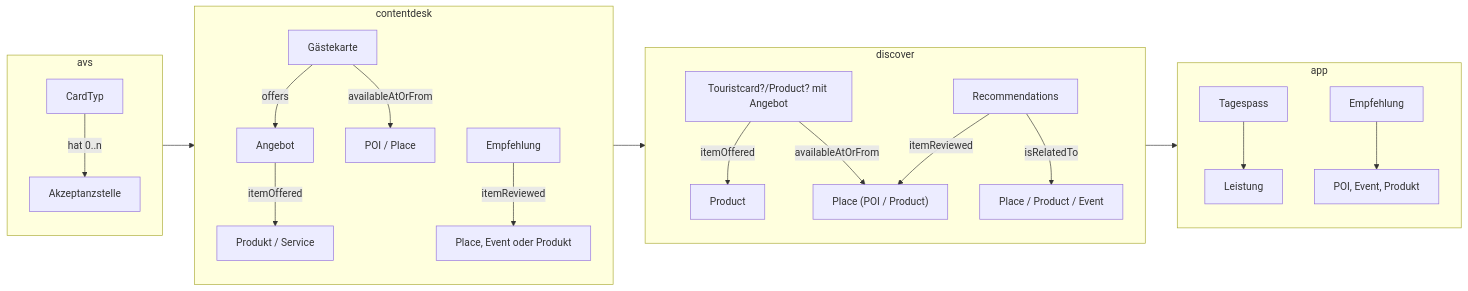
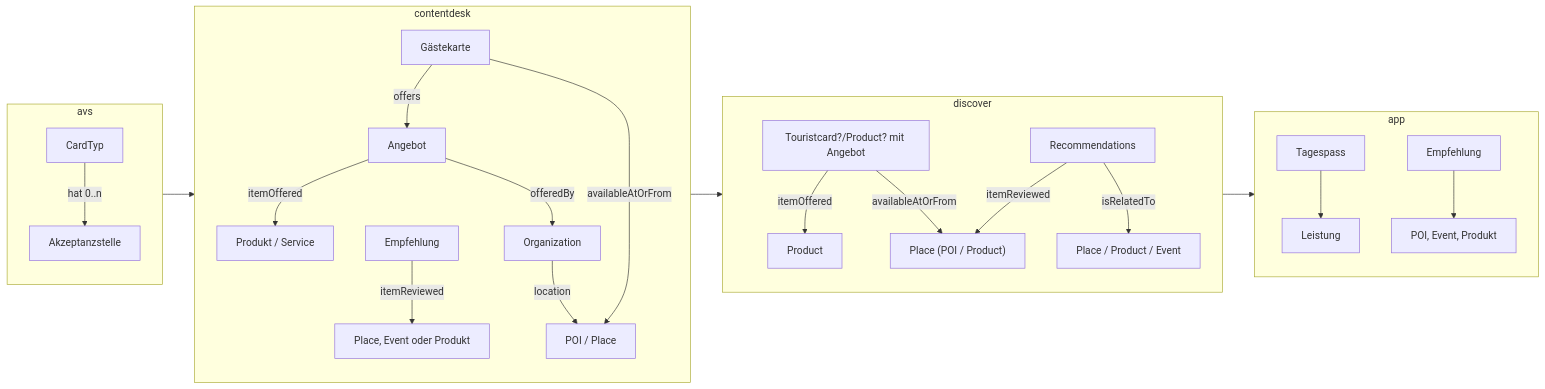
Before and after one commit to tsolenthaler/docs.contentdesk.io: the second of 7 diagrams in docs/projects/glarnerlandApp.md, drawn with Mermaid.

Commit message:
Refactor schema links and add Organization location property

````diff
--- a/docs/projects/glarnerlandApp.md
+++ b/docs/projects/glarnerlandApp.md
@@ -48,31 +48,33 @@
 ``` mermaid
 graph LR
     subgraph avs
         direction TB
         CardTyp --> | hat 0..n| Akzeptanzstelle
     end
     subgraph contentdesk
         direction TB
         Gaestekarte["Gästekarte"] --> |offers| Angebot
         Gaestekarte --> |availableAtOrFrom| Ort["POI / Place"]
         Angebot --> |itemOffered| Angebot2["Produkt / Service"]
         Empfehlung --> |itemReviewed| item["Place, Event oder Produkt"]
+        Angebot --> |offeredBy| Organization
+        Organization -->|location| Ort
     end
     subgraph discover
         direction TB
         Touristcard["Touristcard?/Product? mit Angebot"] -->|itemOffered| Product
         Touristcard -->|availableAtOrFrom|Place
         Recommendations -->|itemReviewed|Place["Place (POI / Product)"]
         Recommendations -->|isRelatedTo|Place2["Place / Product / Event"]
     end
     subgraph app
         direction TB
         Tagespass --> Leistung
         EmpfehlungApp["Empfehlung"]
         EmpfehlungApp --> ItemApp["POI, Event, Produkt"]
     end
 
     avs --> contentdesk
     contentdesk --> discover
     discover --> app
 ```
````
